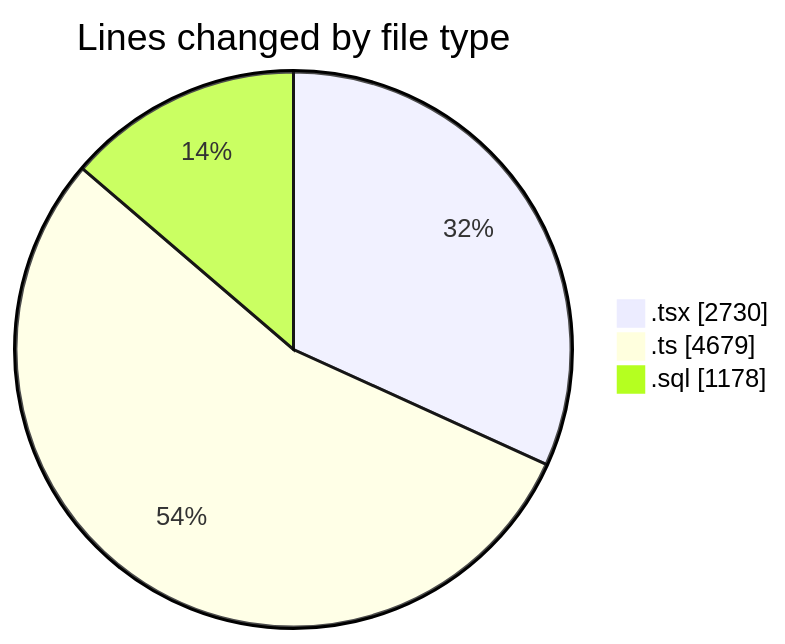
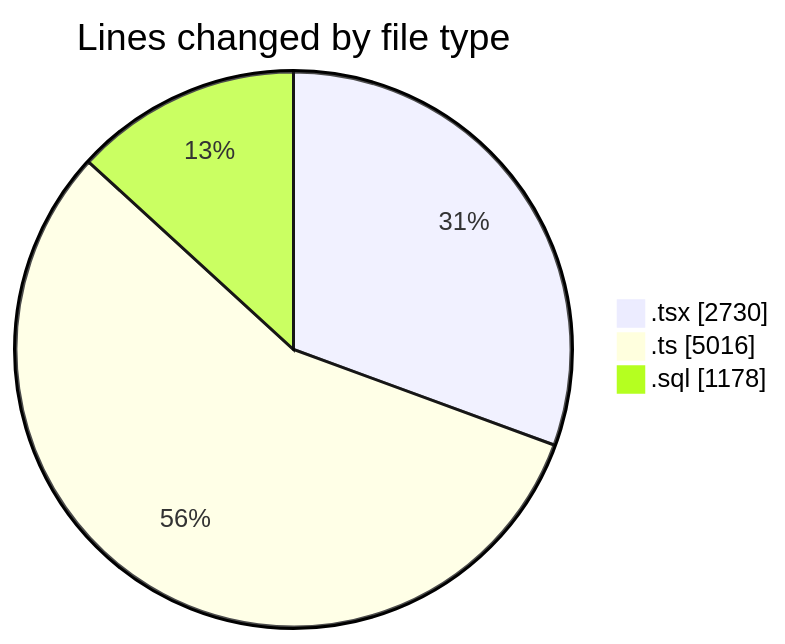
The first of 2 diagrams in 2025-09-05/hiai-phf/README.md (lephambinh05/code-tracking), drawn with Mermaid before and after one commit. The commit also changed other lines of this file and 1 other file, not shown here.

````diff
--- a/2025-09-05/hiai-phf/README.md
+++ b/2025-09-05/hiai-phf/README.md
@@ -73,7 +75,7 @@
 ```mermaid
 pie showData
 title Lines changed by file type
 ".tsx" : 2730
-".ts" : 4679
+".ts" : 5016
 ".sql" : 1178
 ```
````
